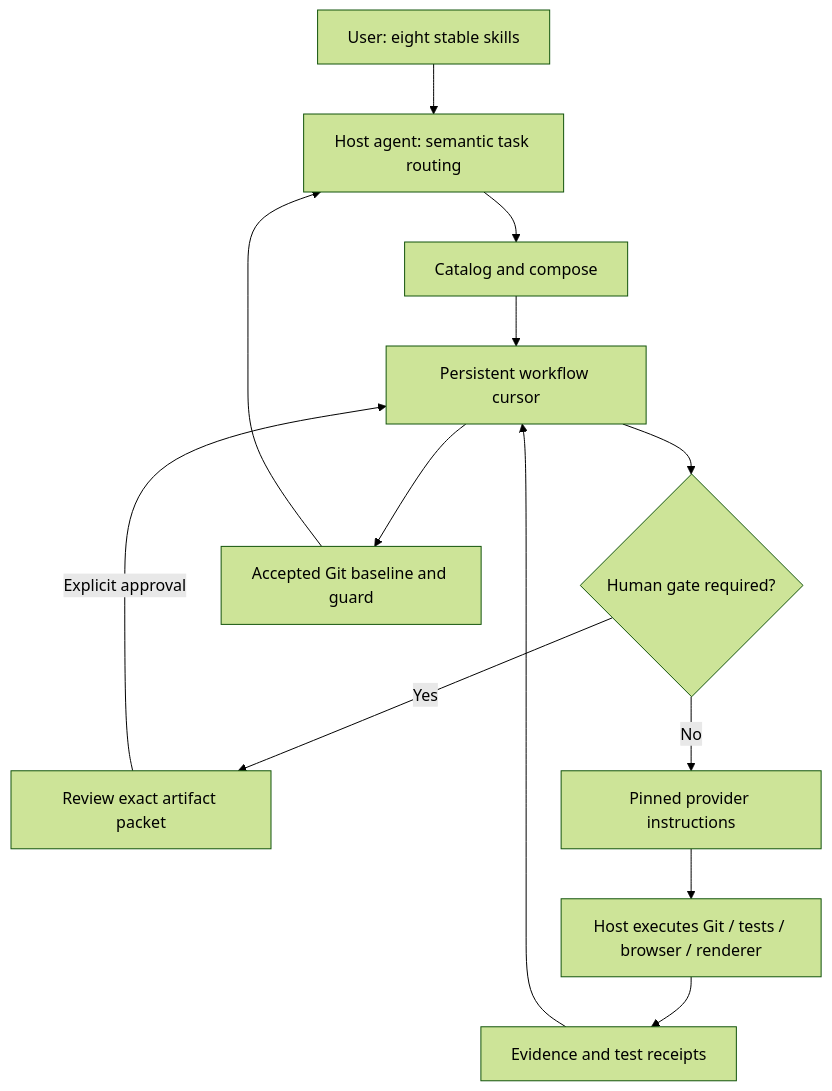
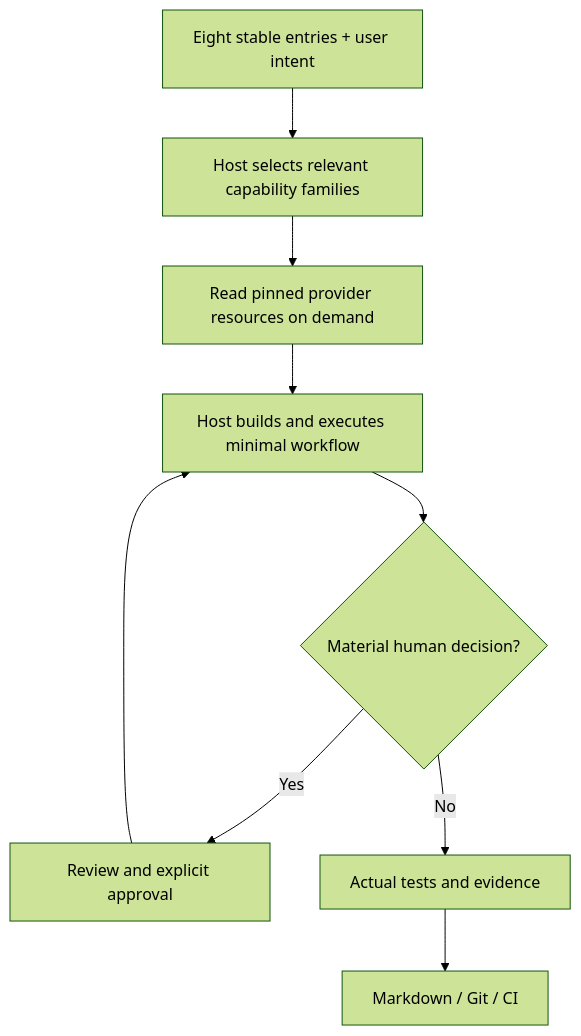
Before and after one commit to datanger/Trellis: the diagram in docs/architecture.md, drawn with Mermaid (forest theme). The commit also changed other lines of this file and 40 other files, not shown here.

````diff
--- a/docs/architecture.md
+++ b/docs/architecture.md
@@ -3,15 +3,11 @@
 ```mermaid
 flowchart TD
-  U[User: eight stable skills] --> R[Host agent: semantic task routing]
-  R --> C[Catalog and compose]
-  C --> W[Persistent workflow cursor]
-  W --> G{Human gate required?}
-  G -->|Yes| H[Review exact artifact packet]
-  H -->|Explicit approval| W
-  G -->|No| P[Pinned provider instructions]
-  P --> X[Host executes Git / tests / browser / renderer]
-  X --> V[Evidence and test receipts]
-  V --> W
-  W --> B[Accepted Git baseline and guard]
-  B --> R
+  U[Eight stable entries + user intent] --> A[Host selects relevant capability families]
+  A --> P[Read pinned provider resources on demand]
+  P --> W[Host builds and executes minimal workflow]
+  W --> H{Material human decision?}
+  H -->|Yes| R[Review and explicit approval]
+  R --> W
+  H -->|No| V[Actual tests and evidence]
+  V --> D[Markdown / Git / CI]
 ```
````
